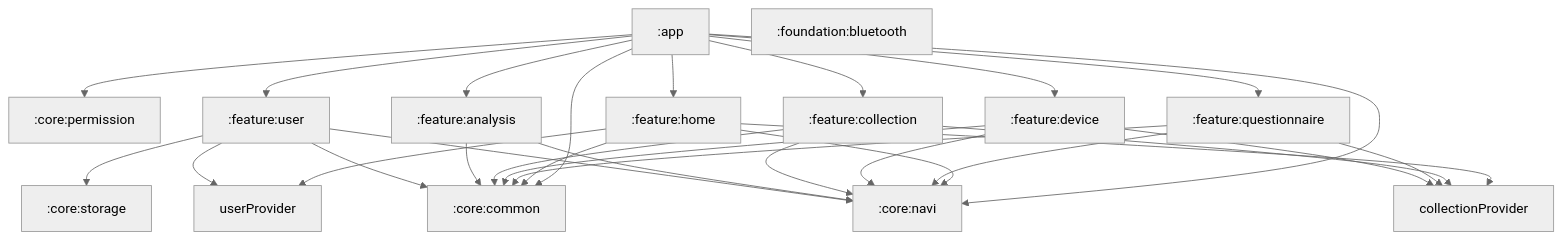
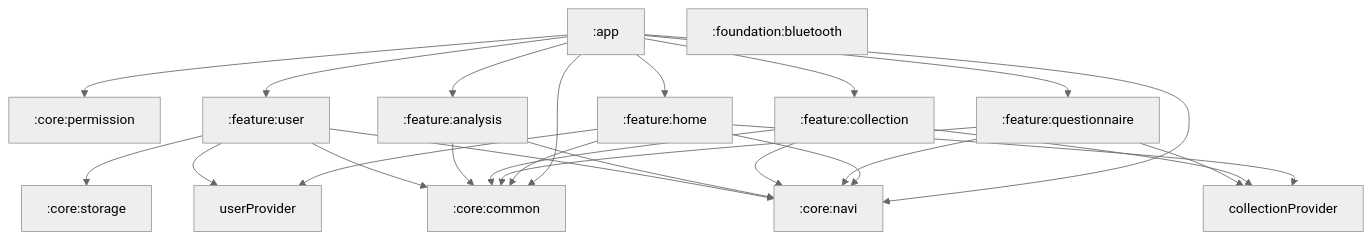
Before and after one commit to hooierayi/vitalhub: the diagram in docs/architecture/index.md, drawn with Mermaid (neutral theme). The commit also changed other lines of this file and 52 other files, not shown here.

````diff
--- a/docs/architecture/index.md
+++ b/docs/architecture/index.md
@@ -36,32 +37,28 @@
 ```mermaid
 graph TD
     app[":app"] --> common[":core:common"]
     app --> navi[":core:navi"]
     app --> permission[":core:permission"]
     bluetooth[":foundation:bluetooth"]
     userFeature --> storage[":core:storage"]
     app --> home[":feature:home"]
     app --> userFeature[":feature:user"]
     app --> questionnaire[":feature:questionnaire"]
-    app --> device[":feature:device"]
     app --> collection[":feature:collection"]
     app --> analysis[":feature:analysis"]
     home --> common
     home --> navi
     home --> userProvider
     home --> collectionProvider
     questionnaire --> common
     questionnaire --> navi
-    device --> common
-    device --> navi
     collection --> common
     collection --> navi
     collection --> collectionProvider
     questionnaire --> collectionProvider
-    device --> collectionProvider
     analysis --> common
     analysis --> navi
     userFeature --> common
     userFeature --> navi
     userFeature --> userProvider
 ```
````
